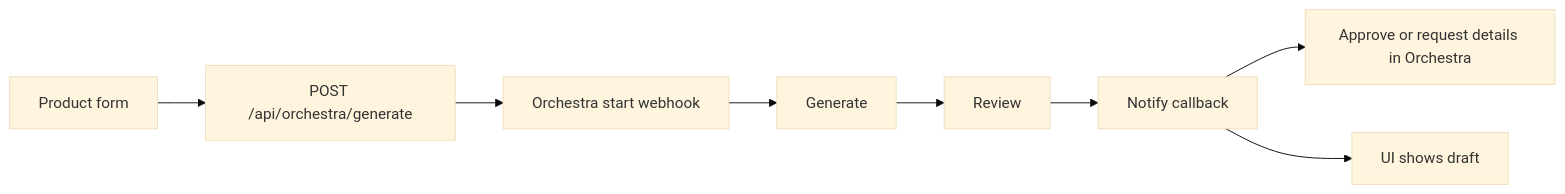
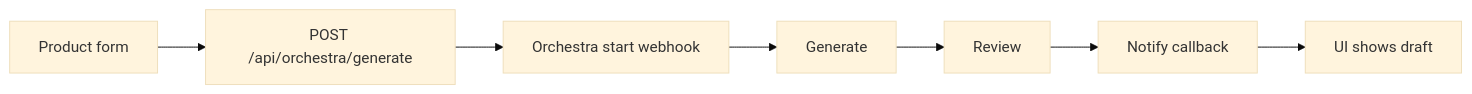
Before and after one commit to barbimt/ai-product-content-studio: the diagram in README.md, drawn with Mermaid (base theme). The commit also changed other lines of this file and 12 other files, not shown here.

First line of the commit message:
Remove workflow steps and Orchestra approve UI.

````diff
--- a/README.md
+++ b/README.md
@@ -9,10 +8,9 @@
 ```mermaid
 flowchart LR
     A[Product form] --> B[POST /api/orchestra/generate]
     B --> C[Orchestra start webhook]
     C --> D[Generate]
     D --> E[Review]
     E --> F[Notify callback]
-    F --> G[Approve or request details in Orchestra]
-    F --> H[UI shows draft]
+    F --> G[UI shows draft]
 ```
````
